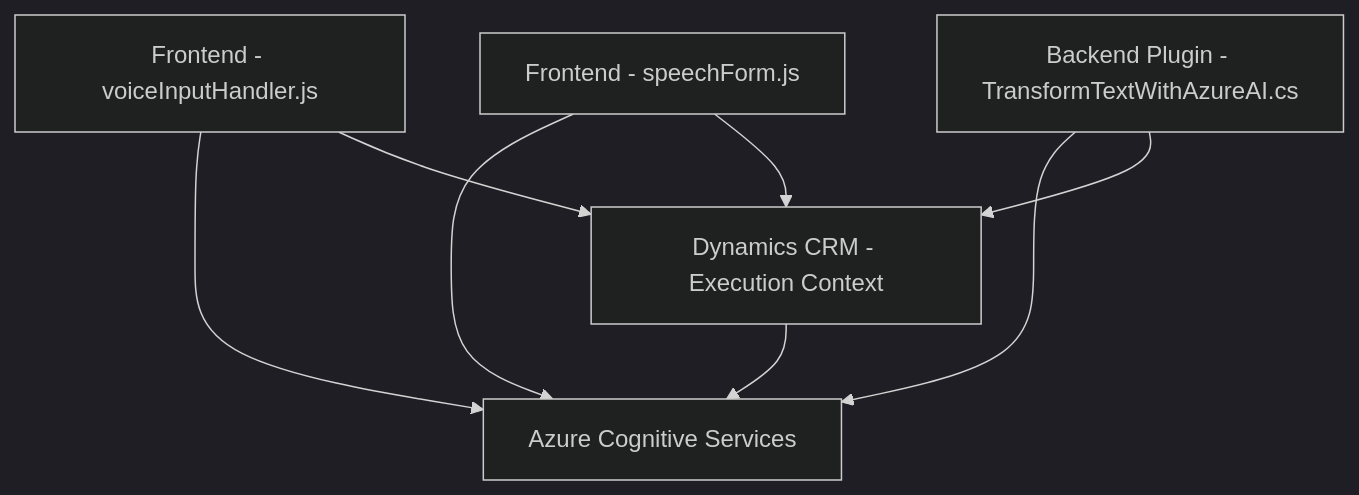
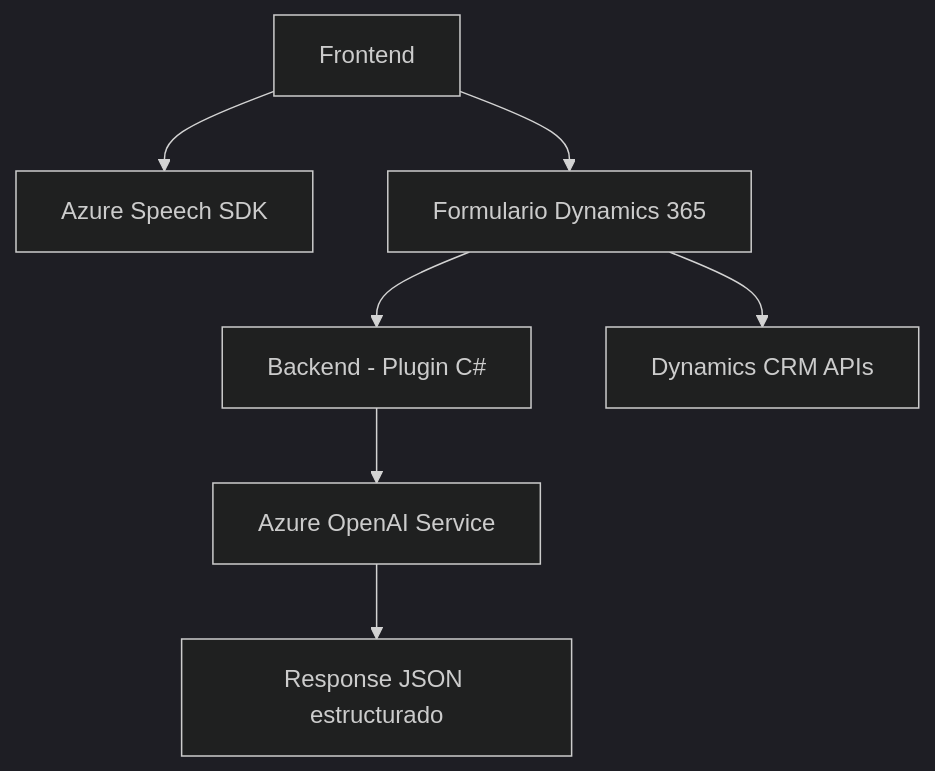
One commit to blopezdm/NETCORE_BILBAO2025 changed the diagram in README.md. Above: the diagram before and after it, drawn with Mermaid (dark theme). The commit also changed other lines of this file, not shown here.

````diff
--- a/README.md
+++ b/README.md
@@ -30,16 +30,9 @@
 ```mermaid
 graph TD
-    A["Frontend - voiceInputHandler.js"]
-    B["Frontend - speechForm.js"]
-    C["Backend Plugin - TransformTextWithAzureAI.cs"]
-    D["Azure Cognitive Services"]
-    E["Dynamics CRM - Execution Context"]
-
-    A --> D
-    B --> D
-    C --> D
-    A --> E
-    B --> E
-    C --> E
-    E --> D
+A["Frontend"] --> B["Azure Speech SDK"]
+A --> C["Formulario Dynamics 365"]
+C --> D["Backend - Plugin C#"]
+D --> E["Azure OpenAI Service"]
+C --> F["Dynamics CRM APIs"]
+E --> G["Response JSON estructurado"]
 ```
````
